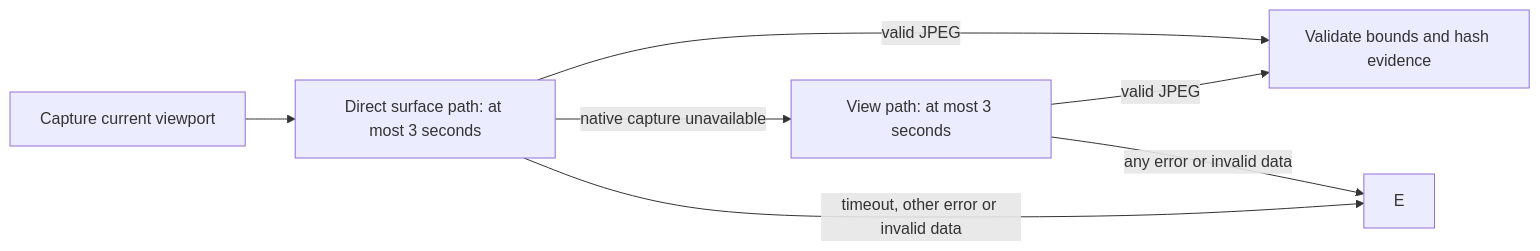
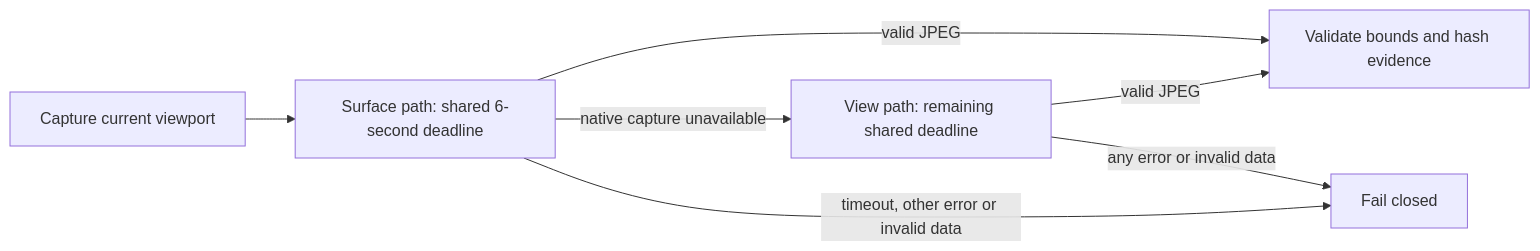
One commit to kieransimkin/potbot changed the diagram in docs/implementation/u00-roadmap-inventory.md. Above: the diagram before and after it, drawn with Mermaid. The commit also changed other lines of this file and 4 other files, not shown here.

Commit message:
Share the full capture deadline across private compositor reads

````diff
--- a/docs/implementation/u00-roadmap-inventory.md
+++ b/docs/implementation/u00-roadmap-inventory.md
@@ -156,9 +156,9 @@
 ```mermaid
 flowchart LR
-    A[Capture current viewport] --> B[Direct surface path: at most 3 seconds]
+    A[Capture current viewport] --> B[Surface path: shared 6-second deadline]
     B -->|valid JPEG| D[Validate bounds and hash evidence]
-    B -->|native capture unavailable| C[View path: at most 3 seconds]
+    B -->|native capture unavailable| C[View path: remaining shared deadline]
     C -->|valid JPEG| D
-    B -->|timeout, other error or invalid data| E
+    B -->|timeout, other error or invalid data| E[Fail closed]
     C -->|any error or invalid data| E
 ```
````
